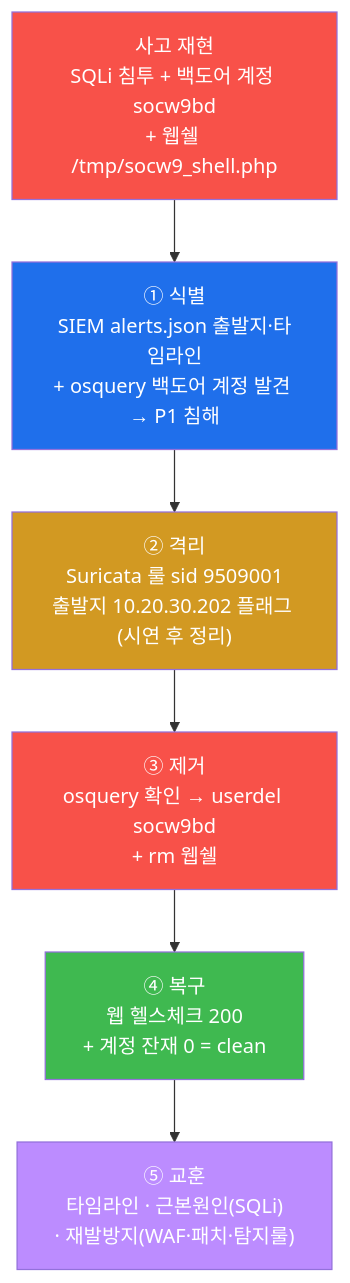
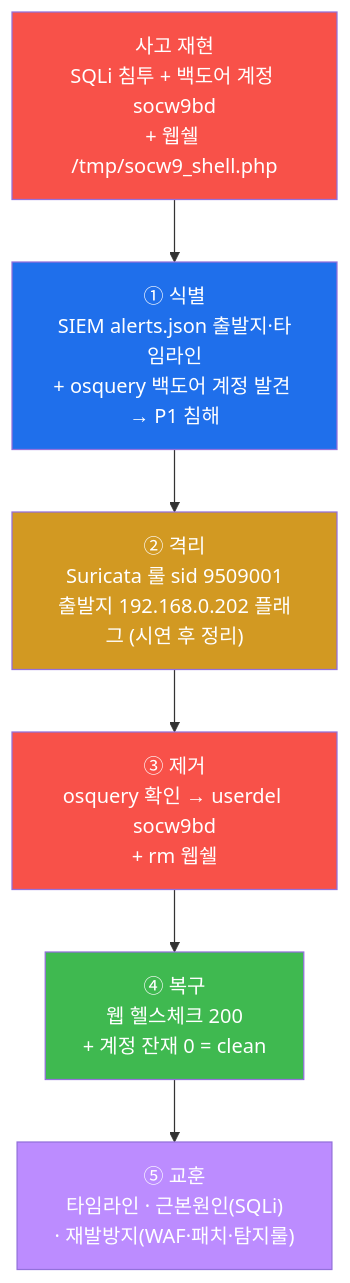
The third of 7 diagrams in contents/training/soc/lecture_week09.md (mrgrit/tw2), drawn with Mermaid before and after one commit. The commit also changed other lines of this file and 304 other files, not shown here.

````diff
--- a/contents/training/soc/lecture_week09.md
+++ b/contents/training/soc/lecture_week09.md
@@ -354,16 +354,16 @@
 ```mermaid
 graph TD
     INC["사고 재현<br/>SQLi 침투 + 백도어 계정 socw9bd<br/>+ 웹쉘 /tmp/socw9_shell.php"]
     ID["① 식별<br/>SIEM alerts.json 출발지·타임라인<br/>+ osquery 백도어 계정 발견 → P1 침해"]
-    CO["② 격리<br/>Suricata 룰 sid 9509001<br/>출발지 10.20.30.202 플래그 (시연 후 정리)"]
+    CO["② 격리<br/>Suricata 룰 sid 9509001<br/>출발지 192.168.0.202 플래그 (시연 후 정리)"]
     ER["③ 제거<br/>osquery 확인 → userdel socw9bd<br/>+ rm 웹쉘"]
     RE["④ 복구<br/>웹 헬스체크 200<br/>+ 계정 잔재 0 = clean"]
     LE["⑤ 교훈<br/>타임라인 · 근본원인(SQLi)<br/>· 재발방지(WAF·패치·탐지룰)"]
     INC --> ID --> CO --> ER --> RE --> LE
     style INC fill:#f85149,color:#fff
     style ID fill:#1f6feb,color:#fff
     style CO fill:#d29922,color:#fff
     style ER fill:#f85149,color:#fff
     style RE fill:#3fb950,color:#fff
     style LE fill:#bc8cff,color:#fff
 ```
````
